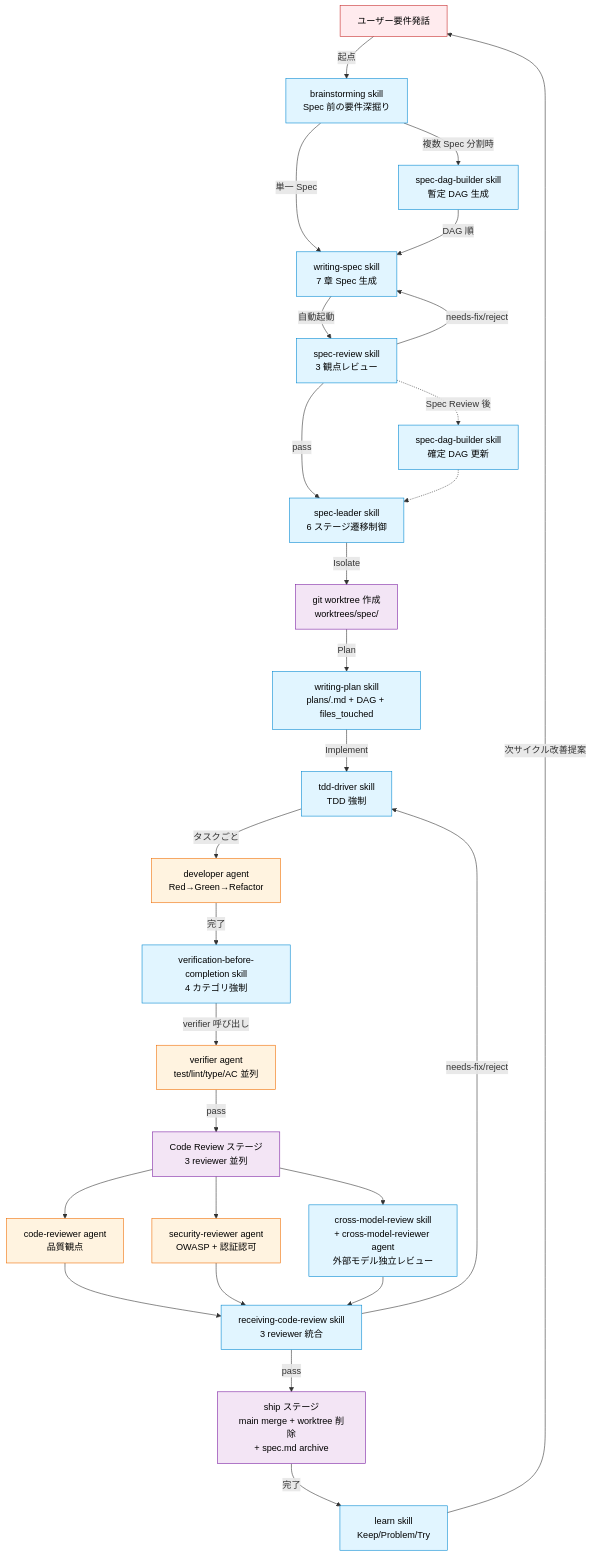
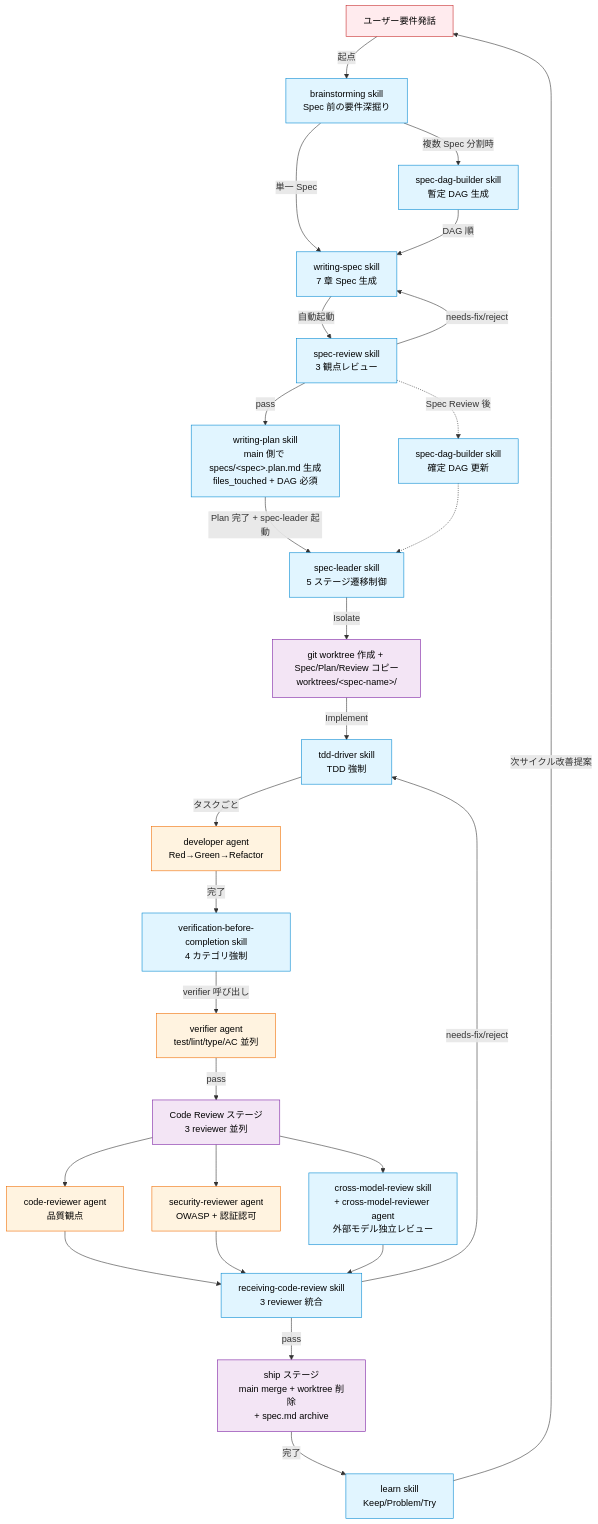
One commit to gassn/my-workflows changed the first of 4 diagrams in docs/components-map.md. Above: the diagram before and after it, drawn with Mermaid. The commit also changed other lines of this file and 1 other file, not shown here.

First line of the commit message:
改修 D: components-map.md + learn の Plan→Isolate 順序対応

````diff
--- a/docs/components-map.md
+++ b/docs/components-map.md
@@ -52,46 +52,46 @@
 ```mermaid
 flowchart TD
     User[ユーザー要件発話] -->|起点| BS["brainstorming skill<br/>Spec 前の要件深掘り"]
     BS -->|複数 Spec 分割時| DAG1["spec-dag-builder skill<br/>暫定 DAG 生成"]
     BS -->|単一 Spec| WS["writing-spec skill<br/>7 章 Spec 生成"]
     DAG1 -->|DAG 順| WS
 
     WS -->|自動起動| SR["spec-review skill<br/>3 観点レビュー"]
     SR -->|needs-fix/reject| WS
-    SR -->|pass| SL["spec-leader skill<br/>6 ステージ遷移制御"]
+    SR -->|pass| WP["writing-plan skill<br/>main 側で specs/&lt;spec&gt;.plan.md 生成<br/>files_touched + DAG 必須"]
+    WP -->|Plan 完了 + spec-leader 起動| SL["spec-leader skill<br/>5 ステージ遷移制御"]
 
-    SL -->|Isolate| ISO["git worktree 作成<br/>worktrees/spec/<spec-name>"]
-    ISO -->|Plan| WP["writing-plan skill<br/>plans/.md + DAG + files_touched"]
-    WP -->|Implement| TDD["tdd-driver skill<br/>TDD 強制"]
+    SL -->|Isolate| ISO["git worktree 作成 + Spec/Plan/Review コピー<br/>worktrees/&lt;spec-name&gt;/"]
+    ISO -->|Implement| TDD["tdd-driver skill<br/>TDD 強制"]
     TDD -->|タスクごと| DEV["developer agent<br/>Red→Green→Refactor"]
     DEV -->|完了| VB["verification-before-completion skill<br/>4 カテゴリ強制"]
     VB -->|verifier 呼び出し| VFR["verifier agent<br/>test/lint/type/AC 並列"]
     VFR -->|pass| CR["Code Review ステージ<br/>3 reviewer 並列"]
 
     CR --> CRV["code-reviewer agent<br/>品質観点"]
     CR --> SCV["security-reviewer agent<br/>OWASP + 認証認可"]
     CR --> XMV["cross-model-review skill<br/>+ cross-model-reviewer agent<br/>外部モデル独立レビュー"]
 
     CRV --> RCR
     SCV --> RCR
     XMV --> RCR["receiving-code-review skill<br/>3 reviewer 統合"]
 
     RCR -->|needs-fix/reject| TDD
     RCR -->|pass| SHIP["ship ステージ<br/>main merge + worktree 削除<br/>+ spec.md archive"]
 
     SHIP -->|完了| LRN["learn skill<br/>Keep/Problem/Try"]
     LRN -->|次サイクル改善提案| User
 
     SR -.Spec Review 後.-> DAG2["spec-dag-builder skill<br/>確定 DAG 更新"]
     DAG2 -.-> SL
 
     classDef skill fill:#e1f5ff,stroke:#0288d1,color:#000
     classDef agent fill:#fff3e0,stroke:#ef6c00,color:#000
     classDef stage fill:#f3e5f5,stroke:#7b1fa2,color:#000
     classDef external fill:#ffebee,stroke:#c62828,color:#000
 
     class BS,DAG1,DAG2,WS,SR,SL,WP,TDD,VB,XMV,RCR,LRN skill
     class DEV,VFR,CRV,SCV agent
     class ISO,CR,SHIP stage
     class User external
 ```
````
